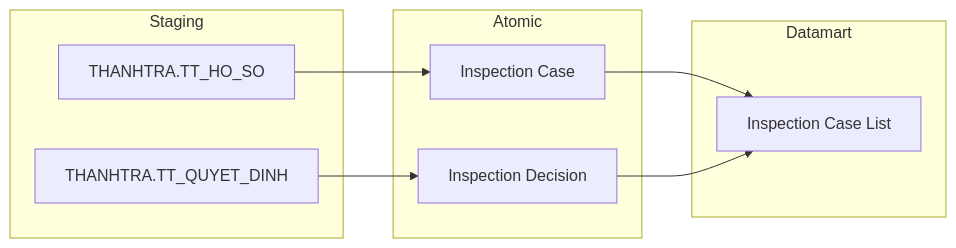
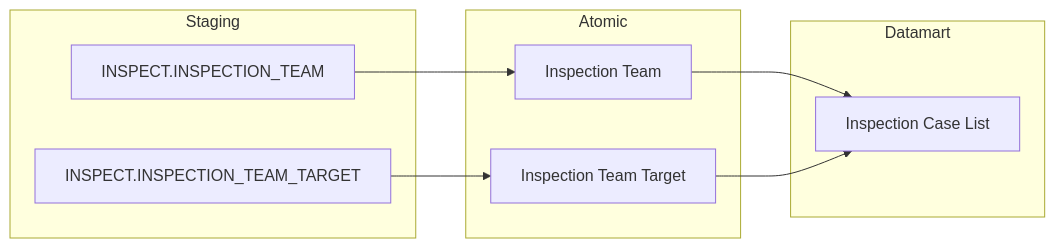
One commit to linhlvit/ubck_atomic_design changed the fifth of 43 diagrams in Datamart/hld/DTM_TT_HLD.md. Above: the diagram before and after it, drawn with Mermaid. The commit also changed other lines of this file and 9 other files, not shown here.

````diff
--- a/Datamart/hld/DTM_TT_HLD.md
+++ b/Datamart/hld/DTM_TT_HLD.md
@@ -74,22 +174,22 @@
 ```mermaid
 flowchart LR
     subgraph SRC["Staging"]
-        S1["THANHTRA.TT_HO_SO"]
-        S2["THANHTRA.TT_QUYET_DINH"]
+        S1["INSPECT.INSPECTION_TEAM"]
+        S2["INSPECT.INSPECTION_TEAM_TARGET"]
     end
 
     subgraph SIL["Atomic"]
-        SV1["Inspection Case"]
-        SV2["Inspection Decision"]
+        SV1["Inspection Team"]
+        SV2["Inspection Team Target"]
     end
 
     subgraph GOLD["Datamart"]
         G1["Inspection Case List"]
     end
 
     S1 --> SV1
     S2 --> SV2
 
     SV1 --> G1
     SV2 --> G1
 ```
````
